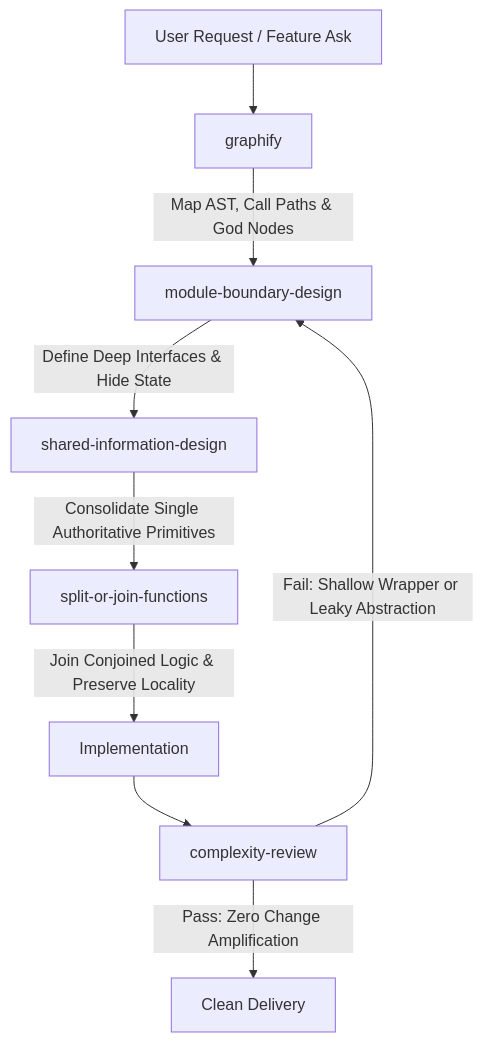
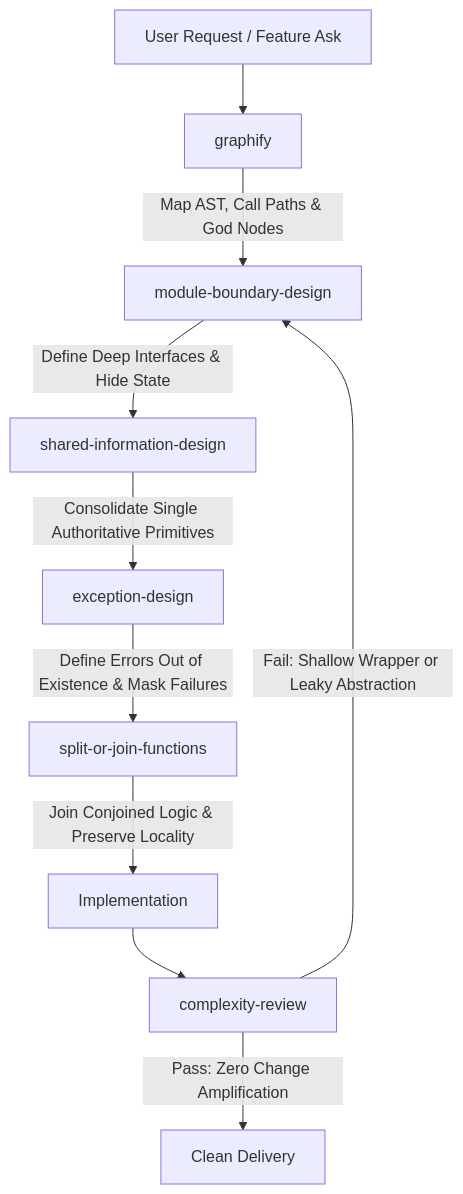
The diagram in README.md (h19overflow/philosophy-of-lowering-complexity-skills), drawn with Mermaid before and after one commit. The commit also changed other lines of this file and 5 other files, not shown here.

Commit message:
Add exception-design skill and update architectural guidelines

````diff
--- a/README.md
+++ b/README.md
@@ -66,11 +70,12 @@
 ```mermaid
 flowchart TD
     A[User Request / Feature Ask] --> B[graphify]
     B -->|Map AST, Call Paths & God Nodes| C[module-boundary-design]
     C -->|Define Deep Interfaces & Hide State| D[shared-information-design]
-    D -->|Consolidate Single Authoritative Primitives| E[split-or-join-functions]
-    E -->|Join Conjoined Logic & Preserve Locality| F[Implementation]
-    F --> G[complexity-review]
-    G -->|Pass: Zero Change Amplification| H[Clean Delivery]
-    G -->|Fail: Shallow Wrapper or Leaky Abstraction| C
+    D -->|Consolidate Single Authoritative Primitives| E[exception-design]
+    E -->|Define Errors Out of Existence & Mask Failures| F[split-or-join-functions]
+    F -->|Join Conjoined Logic & Preserve Locality| G[Implementation]
+    G --> H[complexity-review]
+    H -->|Pass: Zero Change Amplification| I[Clean Delivery]
+    H -->|Fail: Shallow Wrapper or Leaky Abstraction| C
 ```
````
